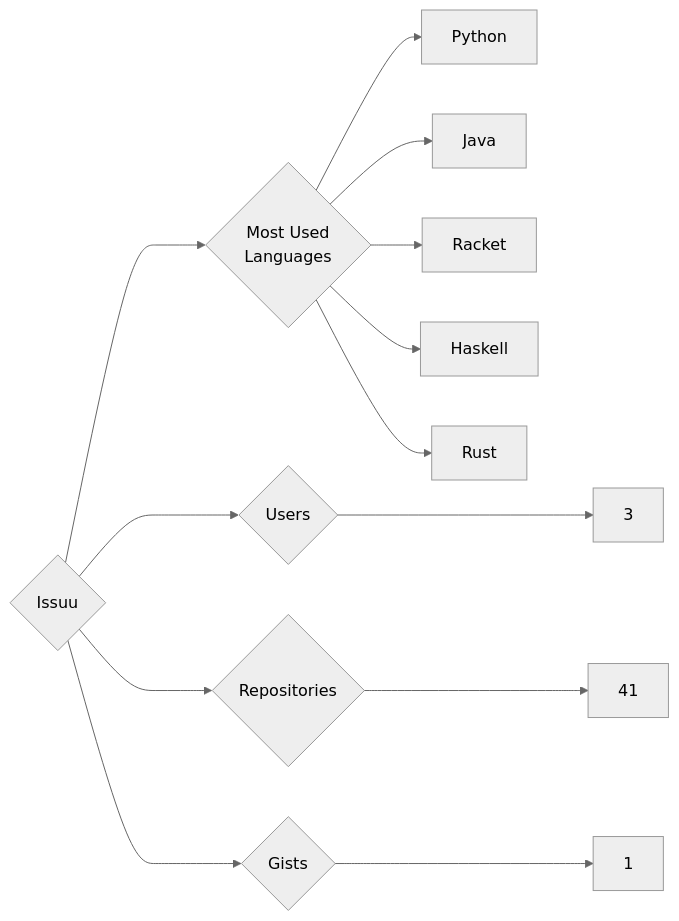
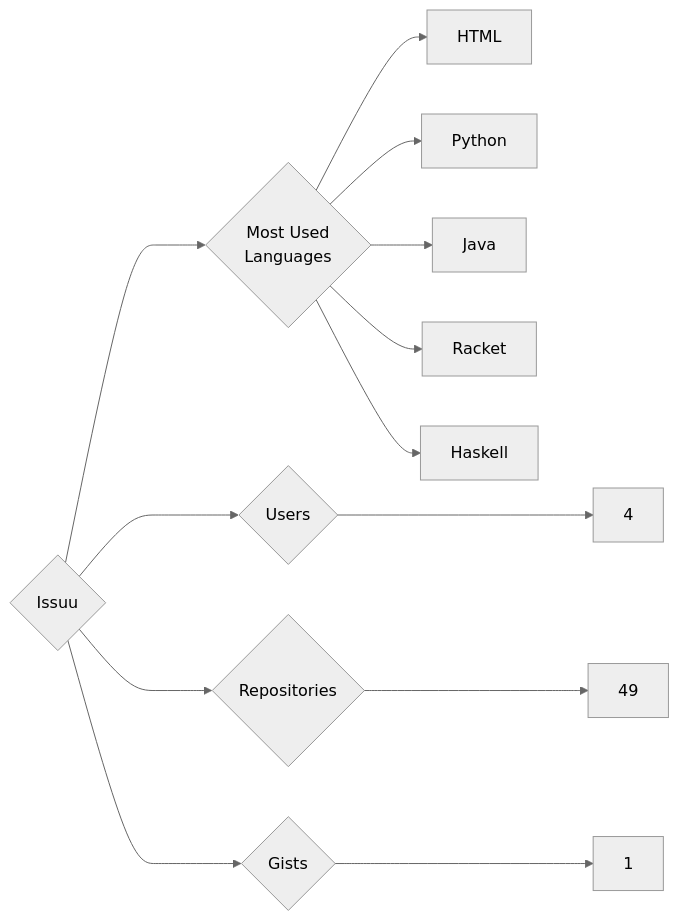
Before and after one commit to trickest/insiders: the diagram in targets/Issuu/README.md, drawn with Mermaid (neutral theme). The commit also changed 718 other files, not shown here.

````diff
--- a/targets/Issuu/README.md
+++ b/targets/Issuu/README.md
@@ -3,13 +3,13 @@
 ```mermaid
 graph LR
 COMPANY_NAME{Issuu}
-COMPANY_NAME ---> U{Users} ---> UN[3]
-COMPANY_NAME ---> R{Repositories} ---> RN[41]
+COMPANY_NAME ---> U{Users} ---> UN[4]
+COMPANY_NAME ---> R{Repositories} ---> RN[49]
 COMPANY_NAME ---> G{Gists} ---> GN[1]
 COMPANY_NAME ---> ML{Most Used<br>Languages}
+ML --> HTML[HTML]
 ML --> Python[Python]
 ML --> Java[Java]
 ML --> Racket[Racket]
 ML --> Haskell[Haskell]
-ML --> Rust[Rust]
 ```
````
